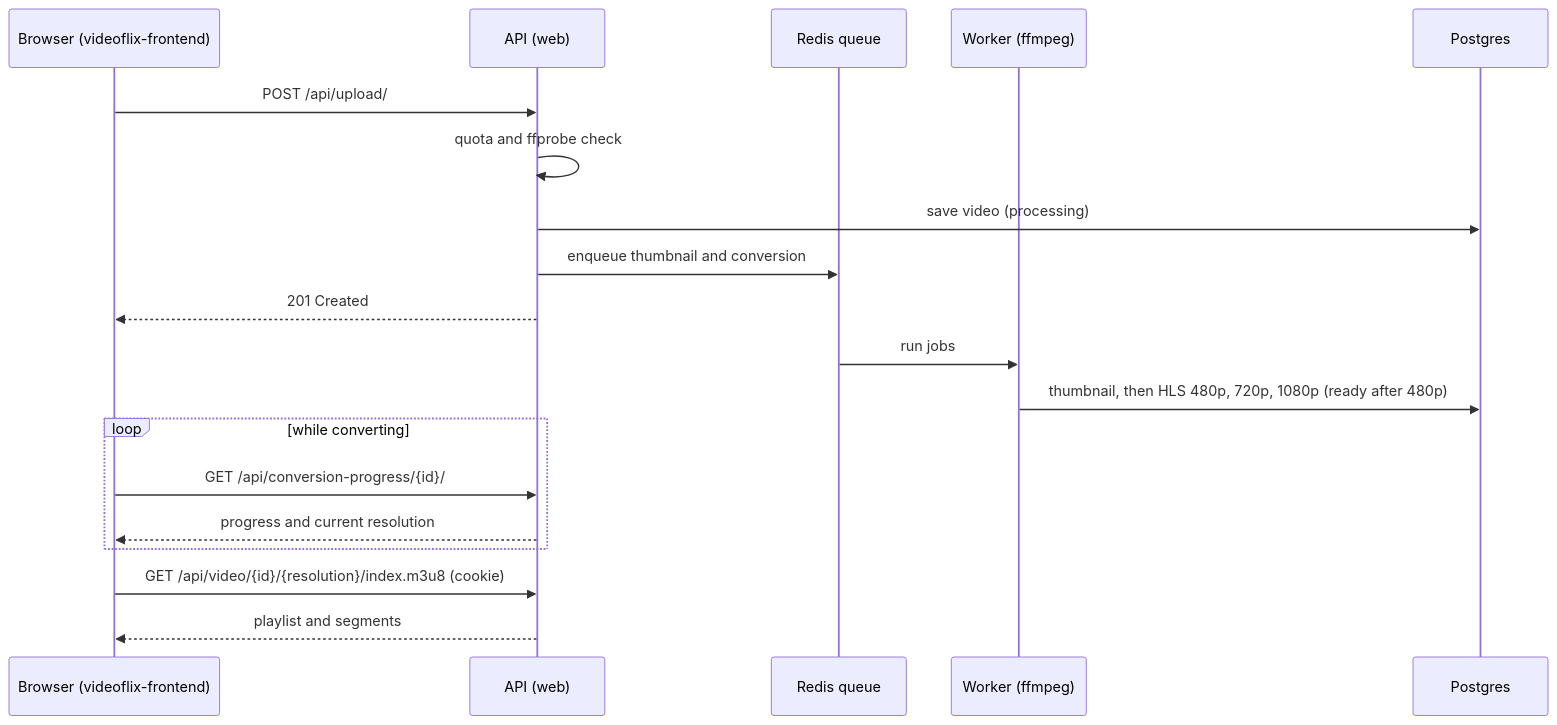
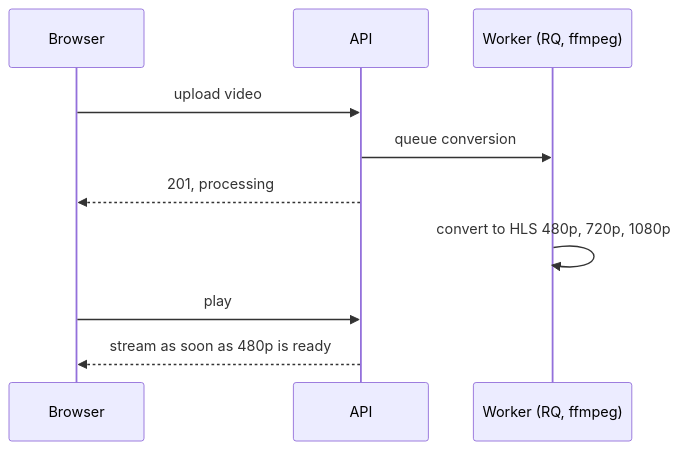
The diagram in README.md (PhilippKlinger/videoflix-backend), drawn with Mermaid before and after one commit. The commit also changed other lines of this file, not shown here.

Commit message:
docs: move the upload sequence below the overview and add missing badges

````diff
--- a/README.md
+++ b/README.md
@@ -13,21 +39,12 @@
 ```mermaid
 sequenceDiagram
-    participant B as Browser (videoflix-frontend)
-    participant A as API (web)
-    participant Q as Redis queue
-    participant W as Worker (ffmpeg)
-    participant D as Postgres
-    B->>A: POST /api/upload/
-    A->>A: quota and ffprobe check
-    A->>D: save video (processing)
-    A->>Q: enqueue thumbnail and conversion
-    A-->>B: 201 Created
-    Q->>W: run jobs
-    W->>D: thumbnail, then HLS 480p, 720p, 1080p (ready after 480p)
-    loop while converting
-        B->>A: GET /api/conversion-progress/{id}/
-        A-->>B: progress and current resolution
-    end
-    B->>A: GET /api/video/{id}/{resolution}/index.m3u8 (cookie)
-    A-->>B: playlist and segments
+    participant B as Browser
+    participant A as API
+    participant W as Worker (RQ, ffmpeg)
+    B->>A: upload video
+    A->>W: queue conversion
+    A-->>B: 201, processing
+    W->>W: convert to HLS 480p, 720p, 1080p
+    B->>A: play
+    A-->>B: stream as soon as 480p is ready
 ```
````
